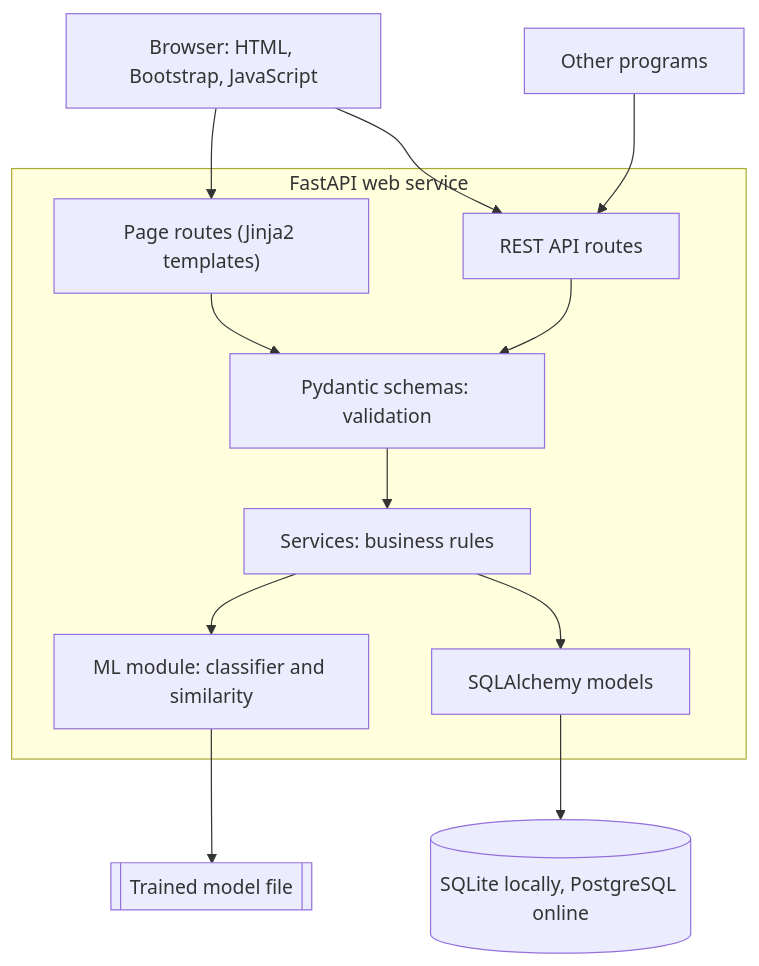
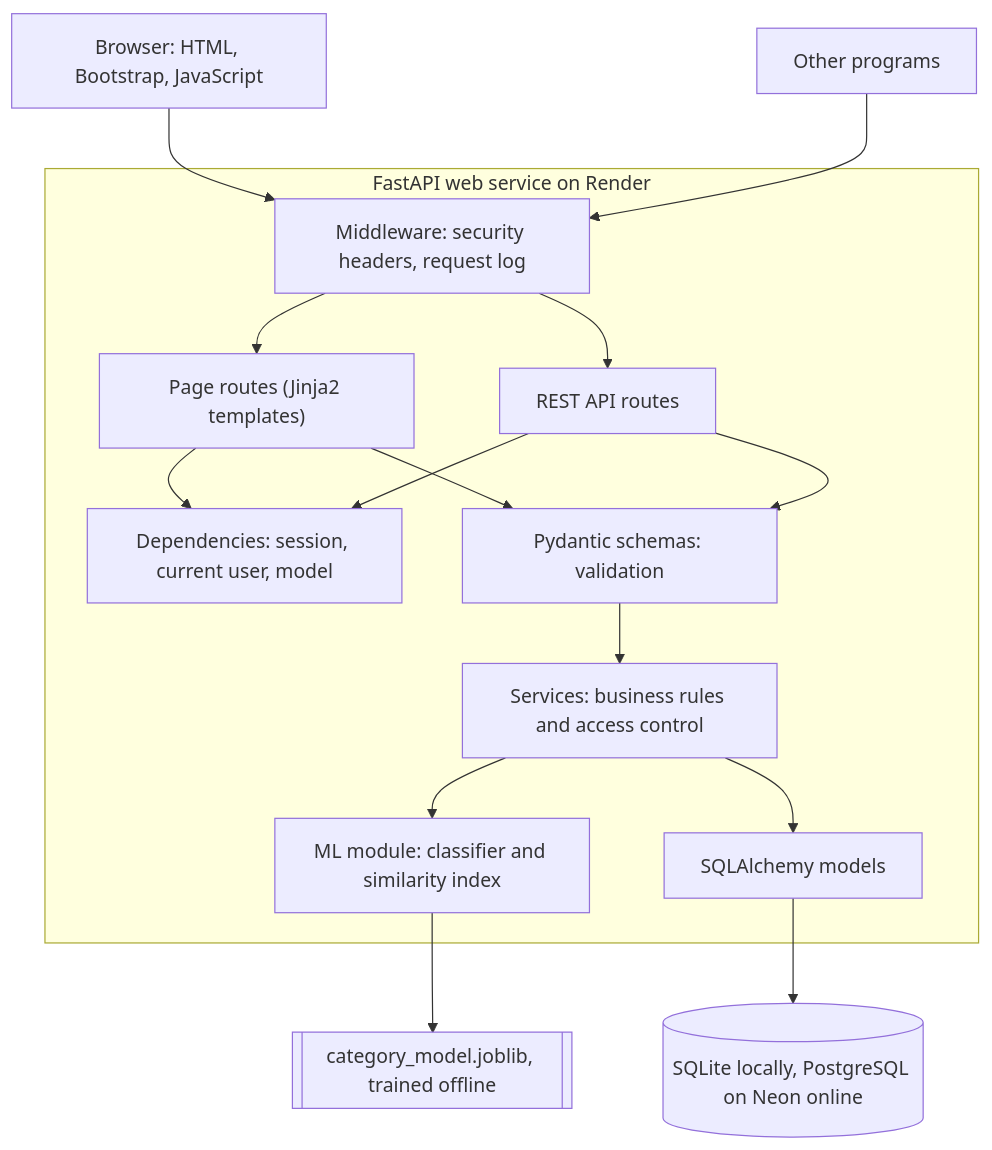
Before and after one commit to GhostReaperXX/devinsight-ai-lite: the diagram in docs/architecture.md, drawn with Mermaid. The commit also changed other lines of this file and 21 other files, not shown here.

````diff
--- a/docs/architecture.md
+++ b/docs/architecture.md
@@ -6,28 +6,33 @@
 ```mermaid
 flowchart TB
     browser["Browser: HTML, Bootstrap, JavaScript"]
     client["Other programs"]
 
-    subgraph service["FastAPI web service"]
+    subgraph service["FastAPI web service on Render"]
+        middleware["Middleware: security headers, request log"]
         pages["Page routes (Jinja2 templates)"]
         api["REST API routes"]
+        deps["Dependencies: session, current user, model"]
         schemas["Pydantic schemas: validation"]
-        services["Services: business rules"]
-        ml["ML module: classifier and similarity"]
+        services["Services: business rules and access control"]
+        ml["ML module: classifier and similarity index"]
         models["SQLAlchemy models"]
     end
 
-    db[("SQLite locally, PostgreSQL online")]
-    model[["Trained model file"]]
+    db[("SQLite locally, PostgreSQL on Neon online")]
+    model[["category_model.joblib, trained offline"]]
 
-    browser --> pages
-    browser --> api
-    client --> api
+    browser --> middleware
+    client --> middleware
+    middleware --> pages
+    middleware --> api
+    pages --> deps
+    api --> deps
     pages --> schemas
     api --> schemas
     schemas --> services
     services --> ml
     services --> models
     models --> db
     ml --> model
 ```
````
